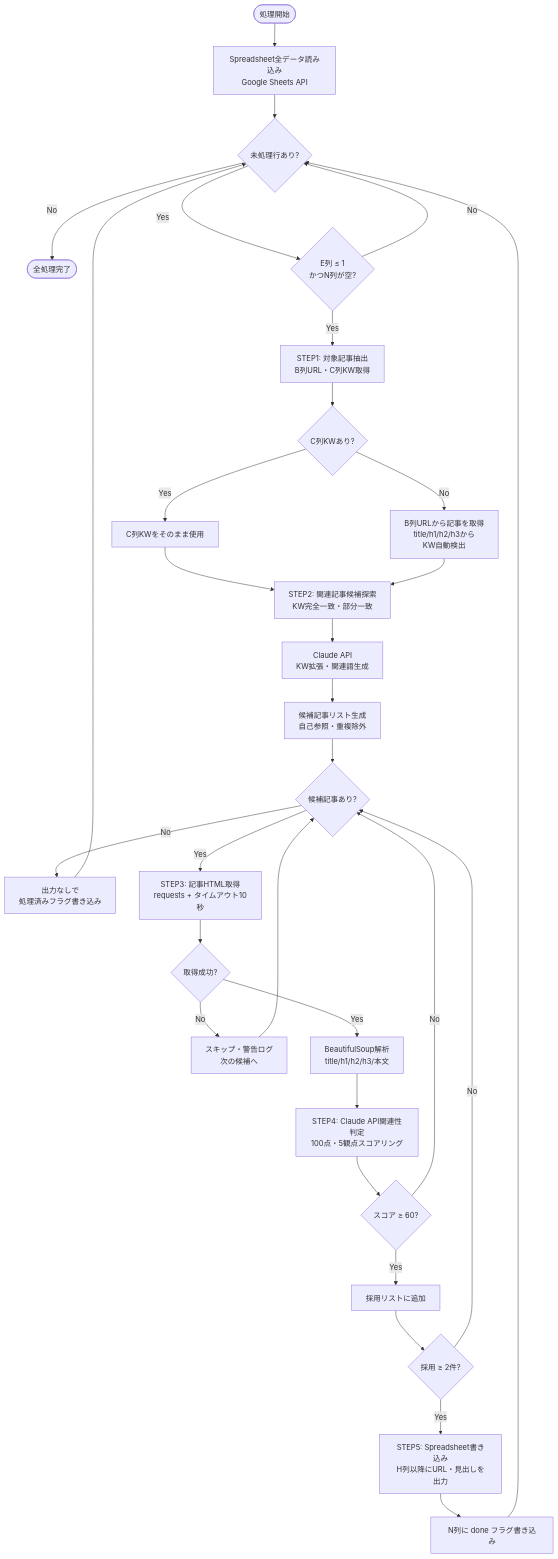
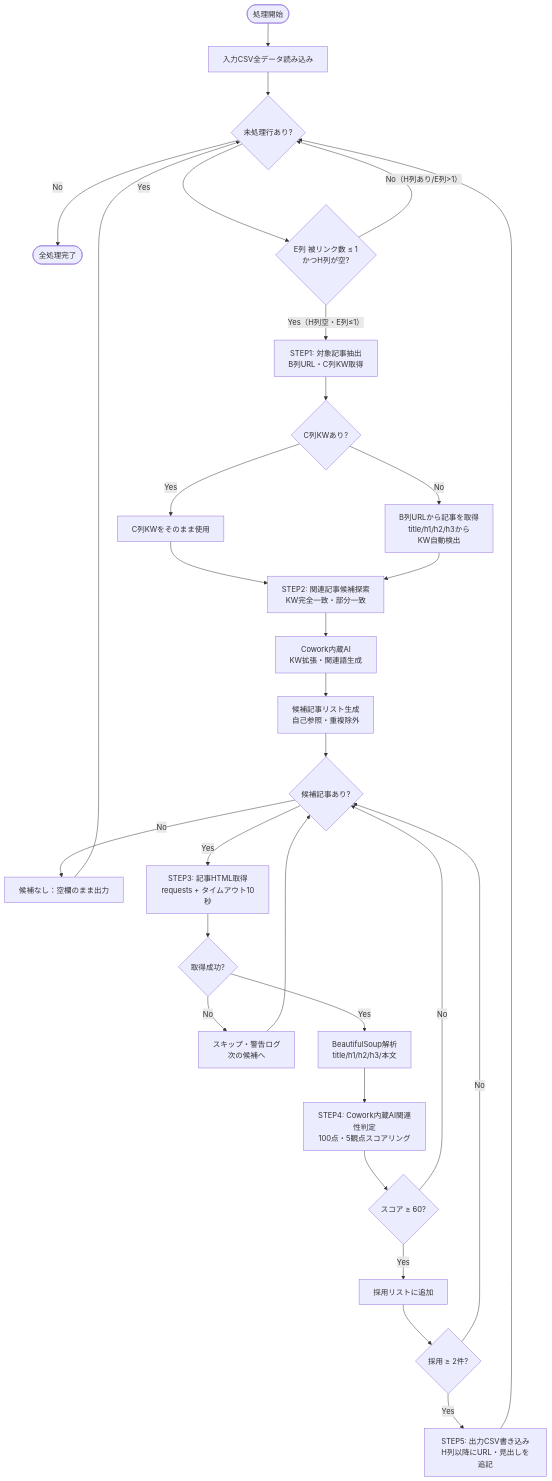
The diagram in 設計書.md (fkdkazu-commits/nyseo-internal-link-agent), drawn with Mermaid before and after one commit. The commit also changed other lines of this file and 1 other file, not shown here.

````diff
--- a/設計書.md
+++ b/設計書.md
@@ -242,34 +235,33 @@
 ```mermaid
 flowchart TD
-    START([処理開始]) --> LOAD[Spreadsheet全データ読み込み\nGoogle Sheets API]
+    START([処理開始]) --> LOAD[入力CSV全データ読み込み]
     LOAD --> LOOP{未処理行あり?}
     LOOP -- No --> DONE([全処理完了])
-    LOOP -- Yes --> CHECK{E列 ≤ 1\nかつN列が空?}
-    CHECK -- No --> LOOP
-    CHECK -- Yes --> STEP1[STEP1: 対象記事抽出\nB列URL・C列KW取得]
+    LOOP -- Yes --> CHECK{E列 被リンク数 ≤ 1\nかつH列が空?}
+    CHECK -- No（H列あり/E列>1） --> LOOP
+    CHECK -- Yes（H列空・E列≤1） --> STEP1[STEP1: 対象記事抽出\nB列URL・C列KW取得]
     STEP1 --> KW_CHECK{C列KWあり?}
     KW_CHECK -- Yes --> USE_KW[C列KWをそのまま使用]
     KW_CHECK -- No --> AUTO_KW[B列URLから記事を取得\ntitle/h1/h2/h3から\nKW自動検出]
     USE_KW --> STEP2
     AUTO_KW --> STEP2
     STEP2[STEP2: 関連記事候補探索\nKW完全一致・部分一致]
-    STEP2 --> CLAUDE1[Claude API\nKW拡張・関連語生成]
+    STEP2 --> CLAUDE1[Cowork内蔵AI\nKW拡張・関連語生成]
     CLAUDE1 --> CAND[候補記事リスト生成\n自己参照・重複除外]
     CAND --> CAND_CHECK{候補記事あり?}
-    CAND_CHECK -- No --> EMPTY[出力なしで\n処理済みフラグ書き込み]
+    CAND_CHECK -- No --> EMPTY[候補なし：空欄のまま出力]
     EMPTY --> LOOP
     CAND_CHECK -- Yes --> FETCH[STEP3: 記事HTML取得\nrequests + タイムアウト10秒]
     FETCH --> HTTP{取得成功?}
     HTTP -- No --> SKIP_LOG[スキップ・警告ログ\n次の候補へ]
     SKIP_LOG --> CAND_CHECK
     HTTP -- Yes --> PARSE[BeautifulSoup解析\ntitle/h1/h2/h3/本文]
-    PARSE --> STEP4[STEP4: Claude API関連性判定\n100点・5観点スコアリング]
+    PARSE --> STEP4[STEP4: Cowork内蔵AI関連性判定\n100点・5観点スコアリング]
     STEP4 --> SCORE{スコア ≥ 60?}
     SCORE -- No --> CAND_CHECK
     SCORE -- Yes --> ADD[採用リストに追加]
     ADD --> COUNT{採用 ≥ 2件?}
     COUNT -- No --> CAND_CHECK
-    COUNT -- Yes --> STEP5[STEP5: Spreadsheet書き込み\nH列以降にURL・見出しを出力]
-    STEP5 --> FLAG[N列に done フラグ書き込み]
-    FLAG --> LOOP
+    COUNT -- Yes --> STEP5[STEP5: 出力CSV書き込み\nH列以降にURL・見出しを追記]
+    STEP5 --> LOOP
 ```
````
